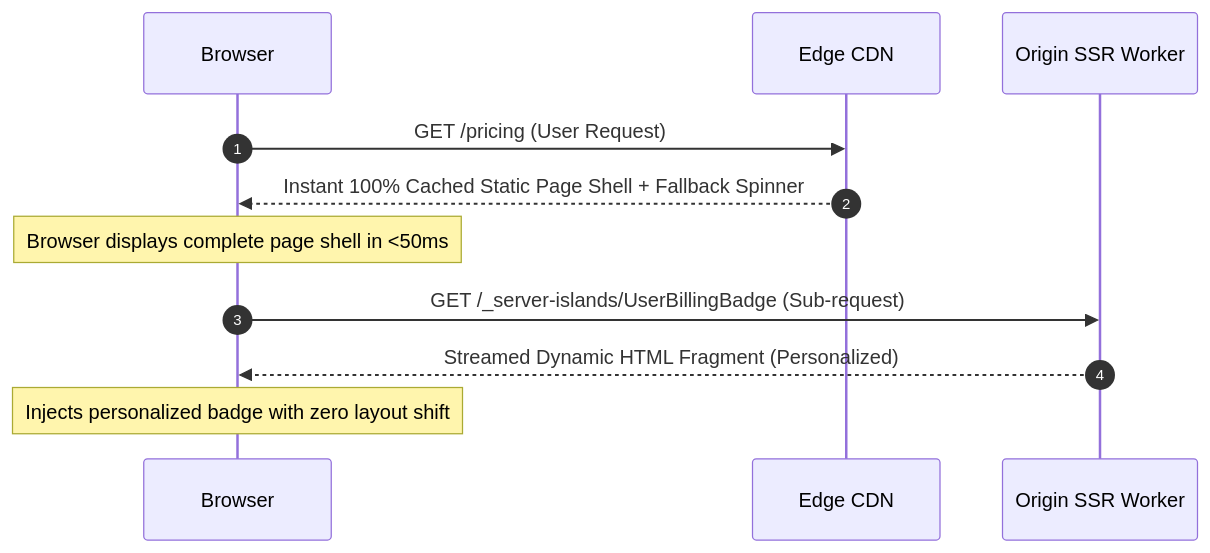
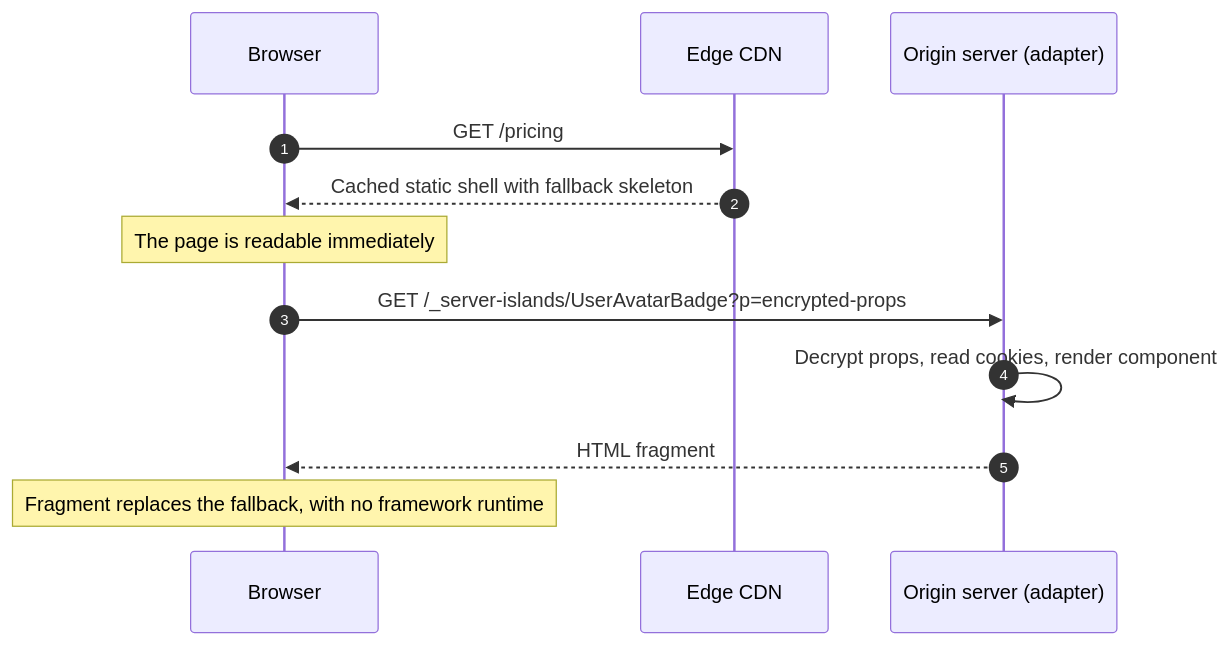
Before and after one commit to TheLearningHubOrg/learn-astro: diagram 17 of 17 in README.md, drawn with Mermaid. The commit also changed other lines of this file and 35 other files, not shown here.

````diff
--- a/README.md
+++ b/README.md
@@ -338,15 +2078,14 @@
 ```mermaid
 sequenceDiagram
     autonumber
     participant Browser
     participant CDN as Edge CDN
-    participant Server as Origin SSR Worker
-
-    Browser->>CDN: GET /pricing (User Request)
-    CDN-->>Browser: Instant 100% Cached Static Page Shell + Fallback Spinner
-    Note over Browser: Browser displays complete page shell in <50ms
-
-    Browser->>Server: GET /_server-islands/UserBillingBadge (Sub-request)
-    Server-->>Browser: Streamed Dynamic HTML Fragment (Personalized)
-    Note over Browser: Injects personalized badge with zero layout shift
+    participant Server as Origin server (adapter)
+    Browser->>CDN: GET /pricing
+    CDN-->>Browser: Cached static shell with fallback skeleton
+    Note over Browser: The page is readable immediately
+    Browser->>Server: GET /_server-islands/UserAvatarBadge?p=encrypted-props
+    Server->>Server: Decrypt props, read cookies, render component
+    Server-->>Browser: HTML fragment
+    Note over Browser: Fragment replaces the fallback, with no framework runtime
 ```
````
